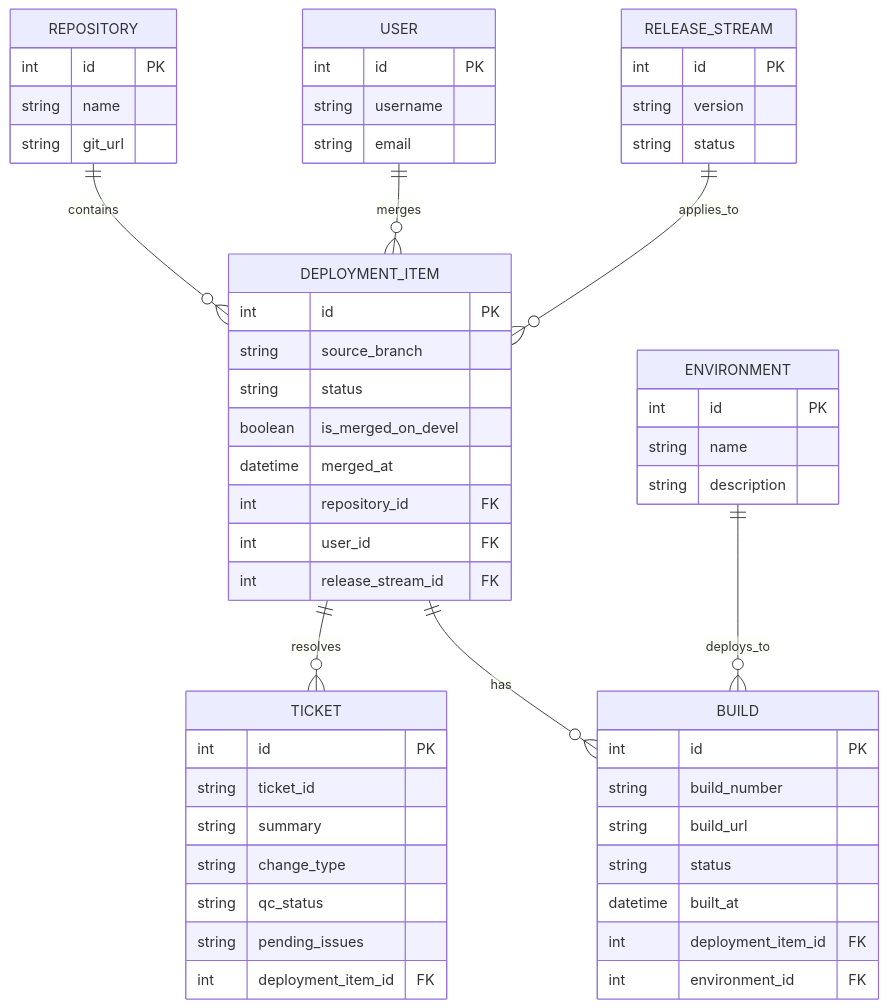
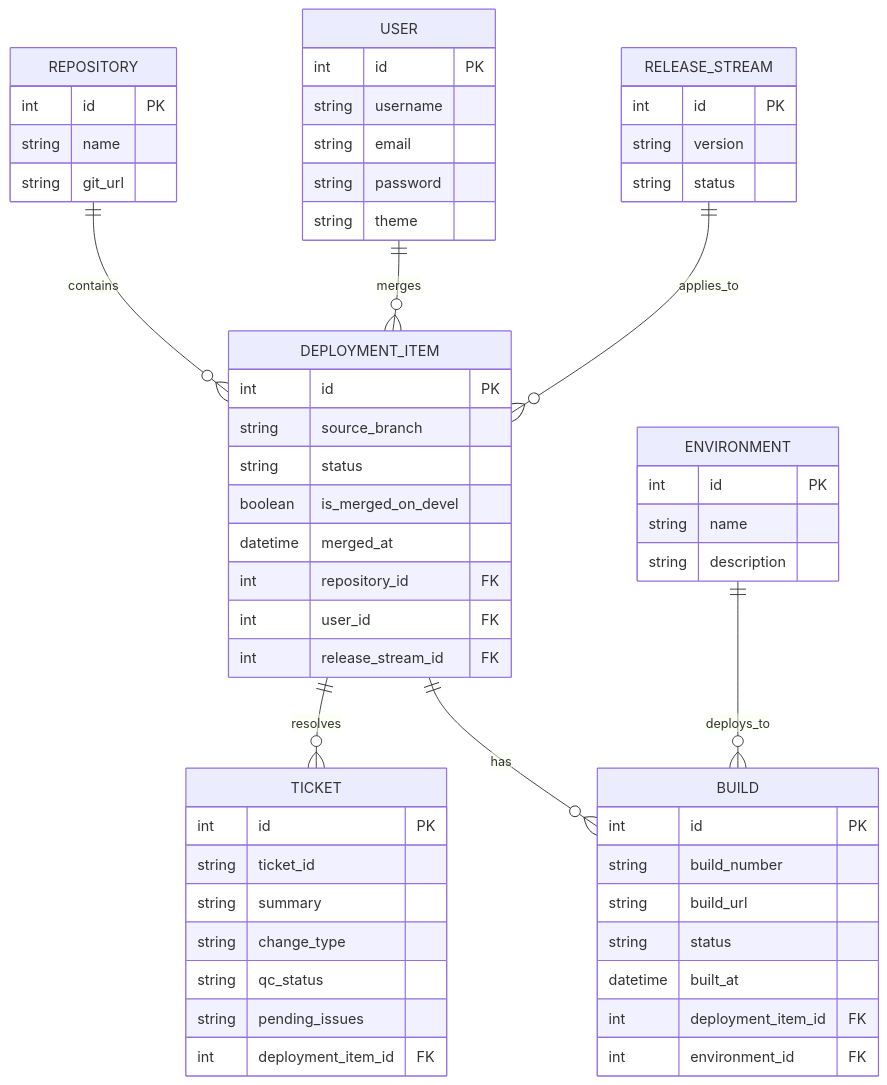
One commit to quocanhDev99/release_flow_platform changed the diagram in docs/05-database.md. Above: the diagram before and after it, drawn with Mermaid. The commit also changed other lines of this file and 24 other files, not shown here.

Commit message:
feat: implement deployment items management and user authentication system architecture

````diff
--- a/docs/05-database.md
+++ b/docs/05-database.md
@@ -5,64 +5,66 @@
 ```mermaid
 erDiagram
     REPOSITORY ||--o{ DEPLOYMENT_ITEM : "contains"
     USER ||--o{ DEPLOYMENT_ITEM : "merges"
     RELEASE_STREAM ||--o{ DEPLOYMENT_ITEM : "applies_to"
     DEPLOYMENT_ITEM ||--o{ TICKET : "resolves"
     DEPLOYMENT_ITEM ||--o{ BUILD : "has"
     ENVIRONMENT ||--o{ BUILD : "deploys_to"
 
     REPOSITORY {
         int id PK
         string name
         string git_url
     }
 
     USER {
         int id PK
         string username
         string email
+        string password
+        string theme
     }
 
     RELEASE_STREAM {
         int id PK
         string version
         string status
     }
 
     DEPLOYMENT_ITEM {
         int id PK
         string source_branch
         string status
         boolean is_merged_on_devel
         datetime merged_at
         int repository_id FK
         int user_id FK
         int release_stream_id FK
     }
 
     TICKET {
         int id PK
         string ticket_id
         string summary
         string change_type
         string qc_status
         string pending_issues
         int deployment_item_id FK
     }
 
     ENVIRONMENT {
         int id PK
         string name
         string description
     }
 
     BUILD {
         int id PK
         string build_number
         string build_url
         string status
         datetime built_at
         int deployment_item_id FK
         int environment_id FK
     }
 ```
````
